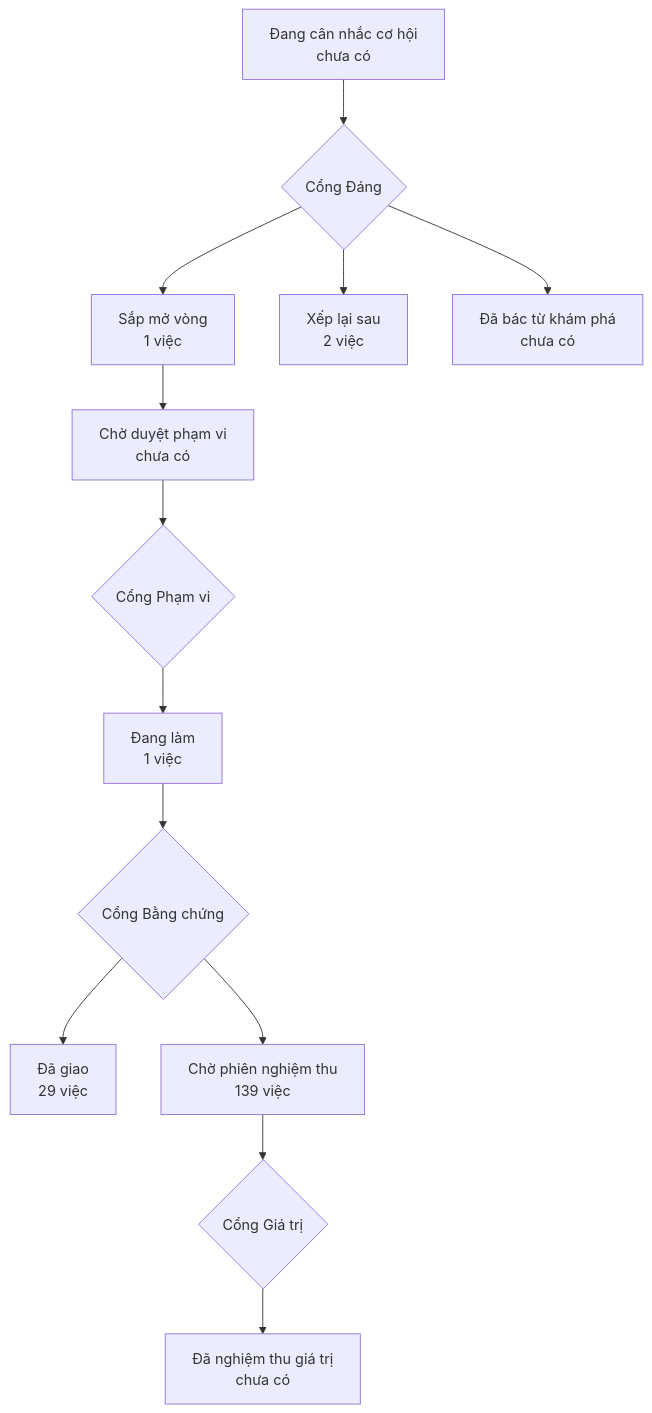
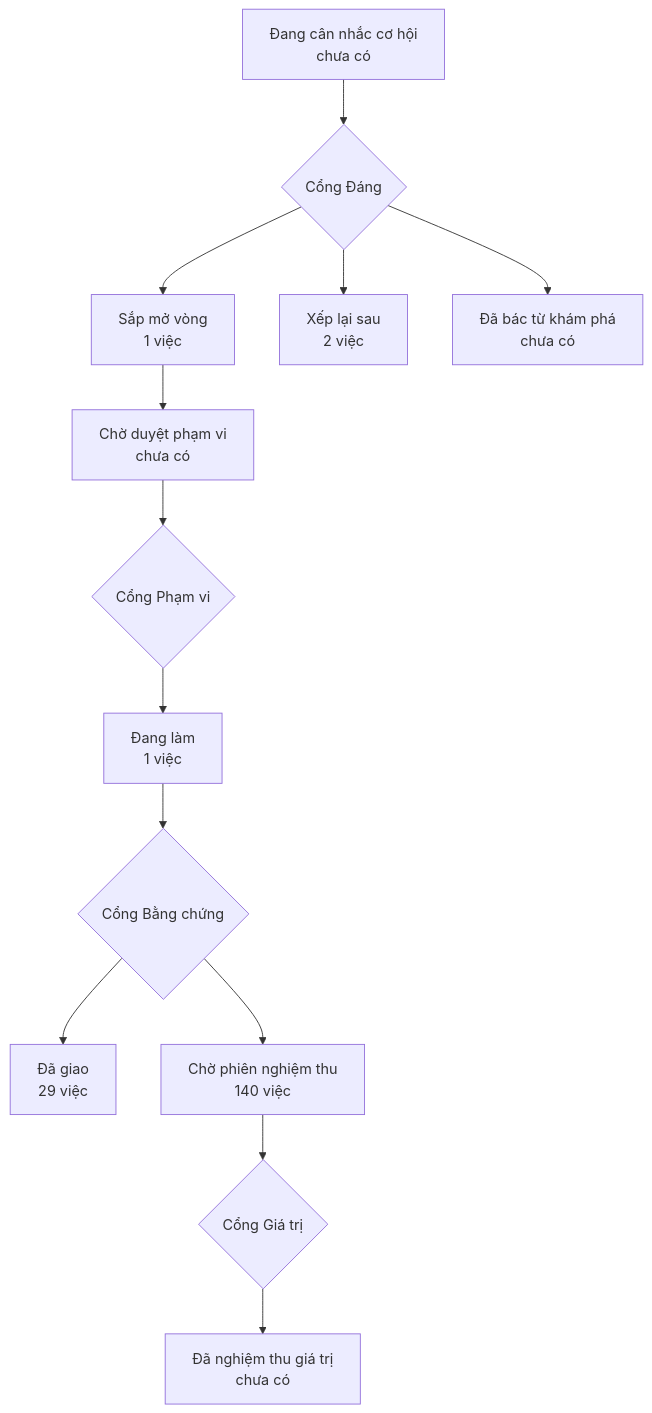
The diagram in PRODUCT-MAP.md (phanlemanh/onehub-quy-hang), drawn with Mermaid before and after one commit. The commit also changed other lines of this file and 1 other file, not shown here.

Commit message:
chore(khuon-nguon-danh-muc-v2): vẽ lại bản đồ

````diff
--- a/PRODUCT-MAP.md
+++ b/PRODUCT-MAP.md
@@ -7,12 +7,12 @@
 ```mermaid
 flowchart TD
   A["Đang cân nhắc cơ hội<br/>chưa có"] --> GD{"Cổng Đáng"}
   GD --> B["Sắp mở vòng<br/>1 việc"]
   GD --> XL["Xếp lại sau<br/>2 việc"]
   GD --> DB["Đã bác từ khám phá<br/>chưa có"]
   B --> CD["Chờ duyệt phạm vi<br/>chưa có"] --> GP{"Cổng Phạm vi"}
   GP --> DL["Đang làm<br/>1 việc"] --> GB{"Cổng Bằng chứng"}
   GB --> DG["Đã giao<br/>29 việc"]
-  GB --> CN["Chờ phiên nghiệm thu<br/>139 việc"] --> GG{"Cổng Giá trị"}
+  GB --> CN["Chờ phiên nghiệm thu<br/>140 việc"] --> GG{"Cổng Giá trị"}
   GG --> NT["Đã nghiệm thu giá trị<br/>chưa có"]
 ```
````
